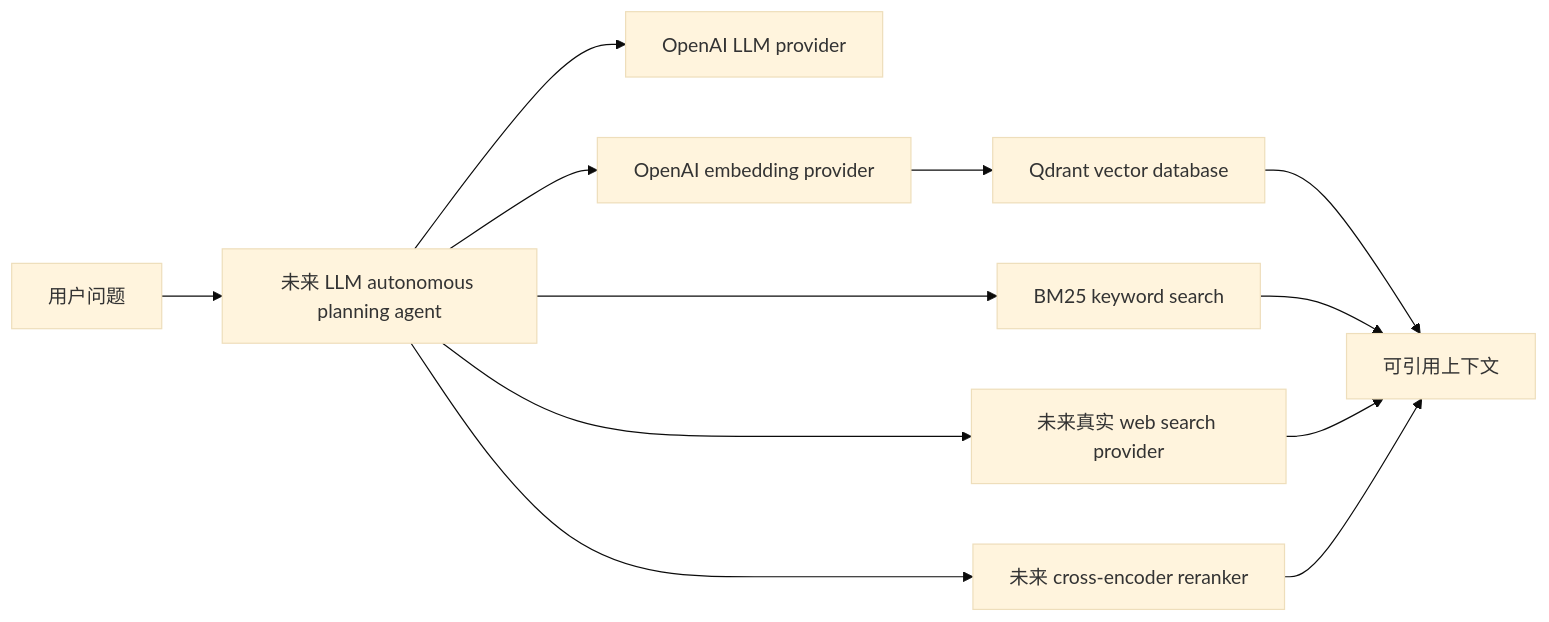
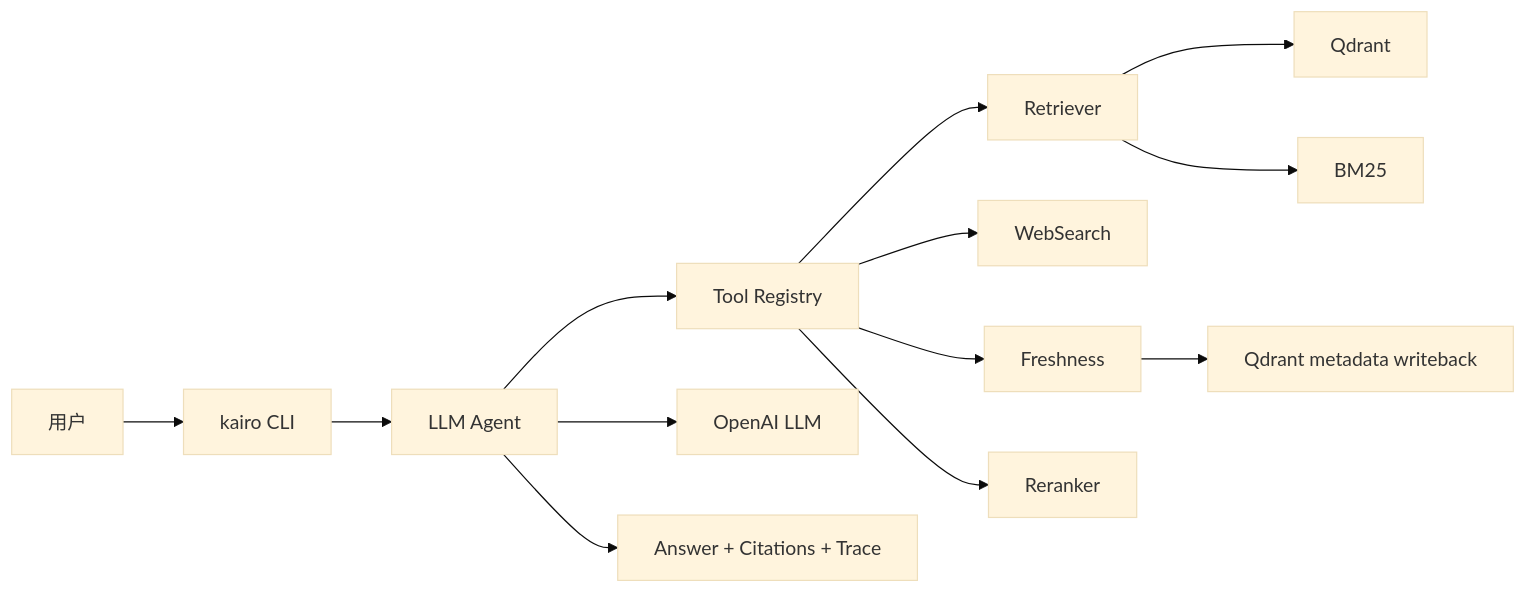
Before and after one commit to Guanghao-Li/KairoRAG: the diagram in README.md, drawn with Mermaid (base theme). The commit also changed other lines of this file and 99 other files, not shown here.

````diff
--- a/README.md
+++ b/README.md
@@ -9,14 +11,15 @@
 ```mermaid
 flowchart LR
-  Q[用户问题] --> A[未来 LLM autonomous planning agent]
-  A --> L[OpenAI LLM provider]
-  A --> E[OpenAI embedding provider]
-  E --> V[Qdrant vector database]
-  A --> K[BM25 keyword search]
-  A --> W[未来真实 web search provider]
-  A --> R[未来 cross-encoder reranker]
-  V --> C[可引用上下文]
-  K --> C
-  W --> C
-  R --> C
+  U[用户] --> CLI[kairo CLI]
+  CLI --> A[LLM Agent]
+  A --> R[Tool Registry]
+  R --> RET[Retriever]
+  R --> WS[WebSearch]
+  R --> F[Freshness]
+  R --> RR[Reranker]
+  RET --> Q[Qdrant]
+  RET --> B[BM25]
+  A --> L[OpenAI LLM]
+  F --> W[Qdrant metadata writeback]
+  A --> O[Answer + Citations + Trace]
 ```
````
